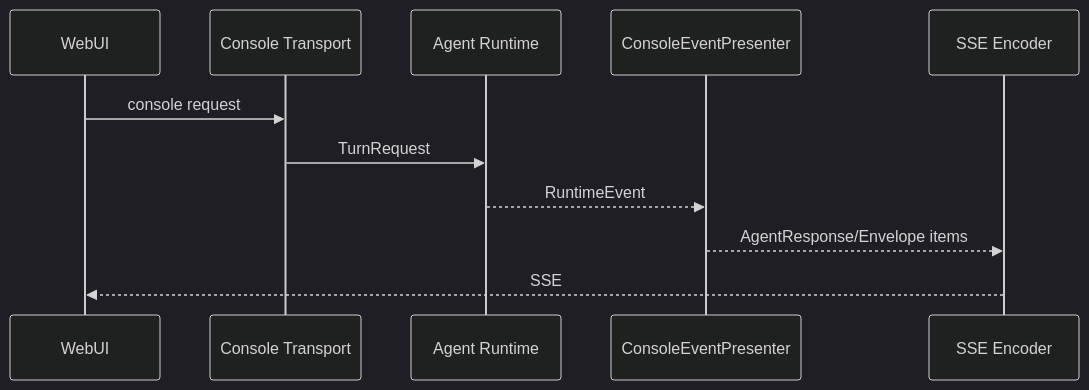
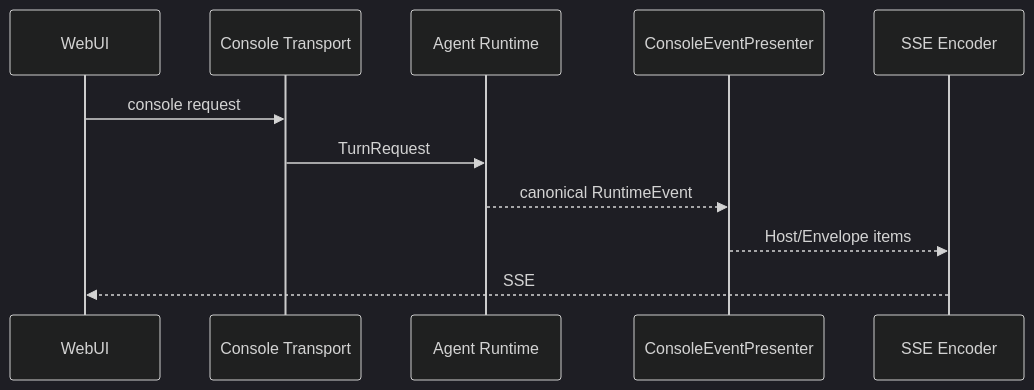
The sixth of 7 diagrams in docs/design/channel-agent-runtime-v5.md (zhijianma/CoPaw), drawn with Mermaid (dark theme) before and after one commit. The commit also changed other lines of this file and 37 other files, not shown here.

````diff
--- a/docs/design/channel-agent-runtime-v5.md
+++ b/docs/design/channel-agent-runtime-v5.md
@@ -257,14 +336,14 @@
 ```mermaid
 sequenceDiagram
     participant W as WebUI
     participant C as Console Transport
     participant R as Agent Runtime
     participant P as ConsoleEventPresenter
     participant S as SSE Encoder
 
     W->>C: console request
     C->>R: TurnRequest
-    R-->>P: RuntimeEvent
-    P-->>S: AgentResponse/Envelope items
+    R-->>P: canonical RuntimeEvent
+    P-->>S: Host/Envelope items
     S-->>W: SSE
 ```
````
